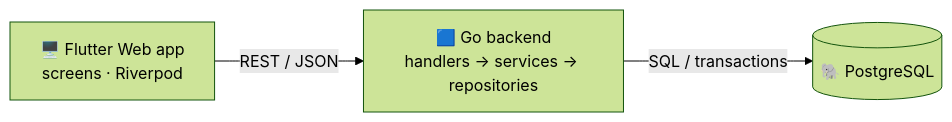
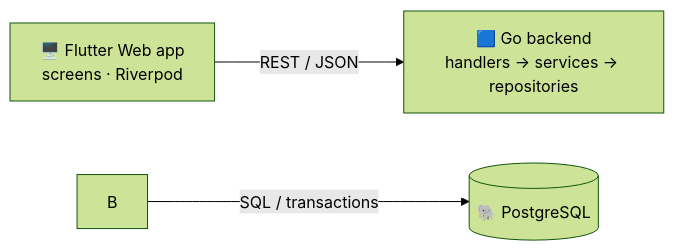
Before and after one commit to SohanPendhari/smart-office-token-management: the first of 2 diagrams in README.md, drawn with Mermaid (forest theme). The commit also changed other lines of this file, not shown here.

````diff
--- a/README.md
+++ b/README.md
@@ -46,5 +46,5 @@
 ```mermaid
 flowchart LR
-    A["🖥️ Flutter Web app<br/>screens · Riverpod"] -- "REST / JSON" --> B["🟦 Go backend<br/>handlers → services → repositories"]
-    B -- "SQL / transactions" --> C[("🐘 PostgreSQL")]
+    A\\\["🖥️ Flutter Web app<br/>screens · Riverpod"] -- "REST / JSON" --> B\\\["🟦 Go backend<br/>handlers → services → repositories"]
+    B -- "SQL / transactions" --> C\\\[("🐘 PostgreSQL")]
 ```
````
